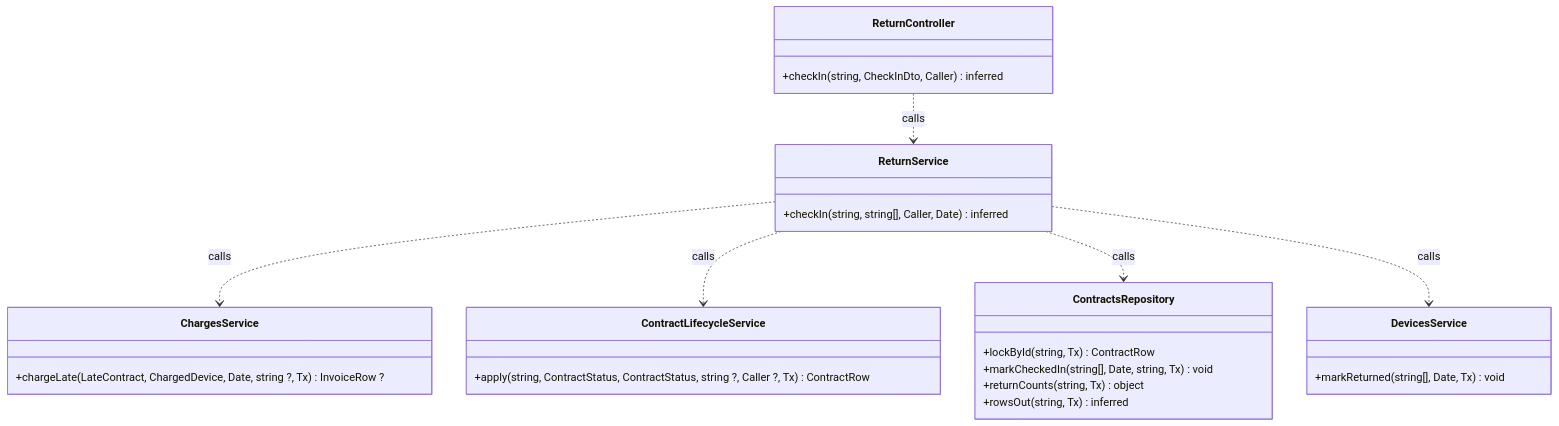
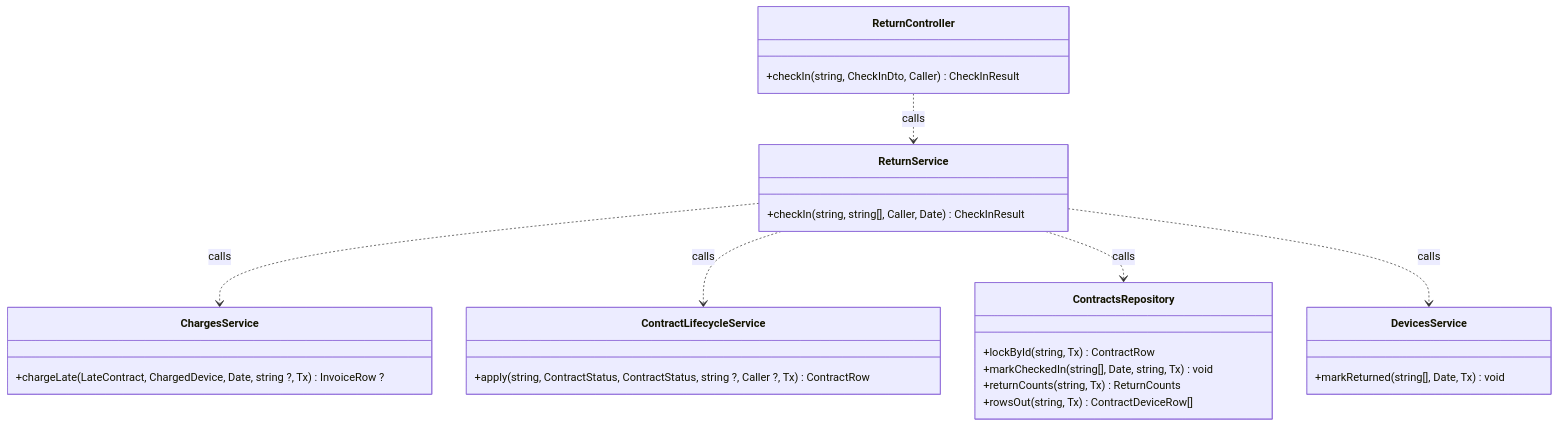
One commit to TrekLink-Team/treklink-web changed diagram 11 of 29 in specs/rentals/design.md. Above: the diagram before and after it, drawn with Mermaid. The commit also changed other lines of this file and 2 other files, not shown here.

First line of the commit message:
docs: UC-24 renewal only, no opt blocks, named return types (review of #113)

````diff
--- a/specs/rentals/design.md
+++ b/specs/rentals/design.md
@@ -418,30 +418,30 @@
 ```mermaid
 classDiagram
     direction TB
     class ReturnController {
-        +checkIn(string, CheckInDto, Caller) inferred
+        +checkIn(string, CheckInDto, Caller) CheckInResult
     }
     class ReturnService {
-        +checkIn(string, string[], Caller, Date) inferred
+        +checkIn(string, string[], Caller, Date) CheckInResult
     }
     class DevicesService {
         +markReturned(string[], Date, Tx) void
     }
     class ChargesService {
         +chargeLate(LateContract, ChargedDevice, Date, string ?, Tx) InvoiceRow ?
     }
     class ContractLifecycleService {
         +apply(string, ContractStatus, ContractStatus, string ?, Caller ?, Tx) ContractRow
     }
     class ContractsRepository {
         +lockById(string, Tx) ContractRow
         +markCheckedIn(string[], Date, string, Tx) void
-        +returnCounts(string, Tx) object
-        +rowsOut(string, Tx) inferred
+        +returnCounts(string, Tx) ReturnCounts
+        +rowsOut(string, Tx) ContractDeviceRow[]
     }
     ReturnController ..> ReturnService : calls
     ReturnService ..> ChargesService : calls
     ReturnService ..> ContractLifecycleService : calls
     ReturnService ..> ContractsRepository : calls
     ReturnService ..> DevicesService : calls
 ```
````
